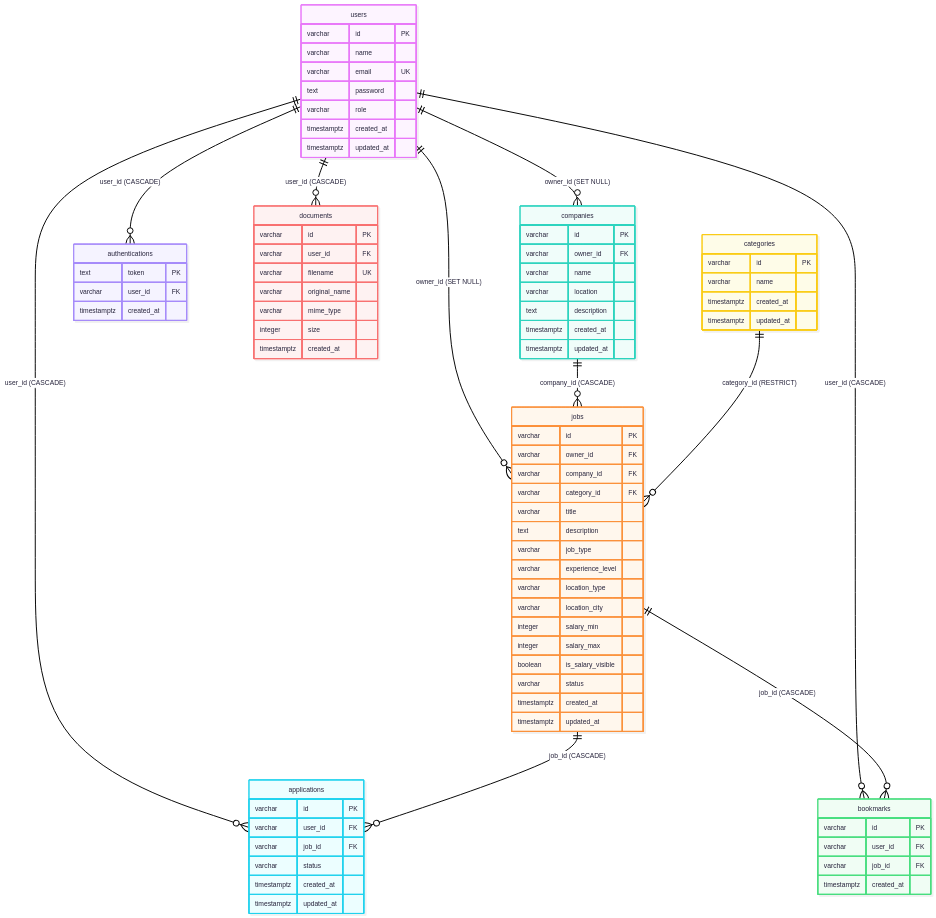
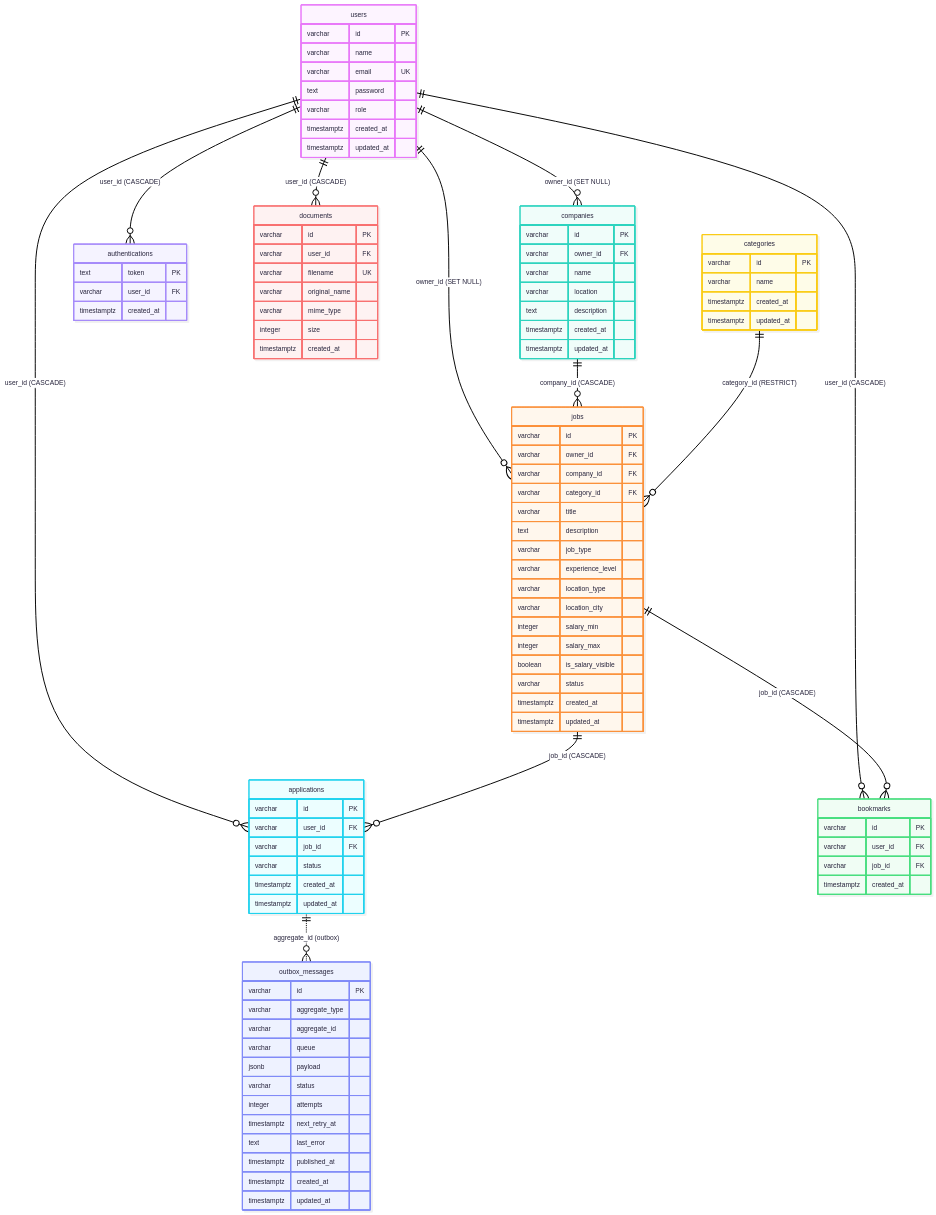
Before and after one commit to alfinhimawan/Proyek-Akhir-OpenJob-RESTful-API-Versi-2: the diagram in docs/ERD-OpenJob-versi-2.mmd, drawn with Mermaid. The commit also changed other lines of this file and 14 other files, not shown here.

```diff
--- a/docs/ERD-OpenJob-versi-2.mmd
+++ b/docs/ERD-OpenJob-versi-2.mmd
@@ -1,87 +1,102 @@
 ---
 config:
   theme: redux-color
   look: neo
 ---
 erDiagram
     users ||--o{ companies : "owner_id (SET NULL)"
     users ||--o{ jobs : "owner_id (SET NULL)"
     users ||--o{ applications : "user_id (CASCADE)"
     users ||--o{ bookmarks : "user_id (CASCADE)"
     users ||--o{ authentications : "user_id (CASCADE)"
     users ||--o{ documents : "user_id (CASCADE)"
     companies ||--o{ jobs : "company_id (CASCADE)"
     categories ||--o{ jobs : "category_id (RESTRICT)"
     jobs ||--o{ applications : "job_id (CASCADE)"
     jobs ||--o{ bookmarks : "job_id (CASCADE)"
+    applications ||..o{ outbox_messages : "aggregate_id (outbox)"
 
     users {
         varchar id PK
         varchar name
         varchar email UK
         text password
         varchar role
         timestamptz created_at
         timestamptz updated_at
     }
     documents {
         varchar id PK
         varchar user_id FK
         varchar filename UK
         varchar original_name
         varchar mime_type
         integer size
         timestamptz created_at
     }
     companies {
         varchar id PK
         varchar owner_id FK
         varchar name
         varchar location
         text description
         timestamptz created_at
         timestamptz updated_at
     }
     categories {
         varchar id PK
         varchar name
         timestamptz created_at
         timestamptz updated_at
     }
     jobs {
         varchar id PK
         varchar owner_id FK
         varchar company_id FK
         varchar category_id FK
         varchar title
         text description
         varchar job_type
         varchar experience_level
         varchar location_type
         varchar location_city
         integer salary_min
         integer salary_max
         boolean is_salary_visible
         varchar status
         timestamptz created_at
         timestamptz updated_at
     }
     applications {
         varchar id PK
         varchar user_id FK
         varchar job_id FK
         varchar status
         timestamptz created_at
         timestamptz updated_at
     }
+    outbox_messages {
+        varchar id PK
+        varchar aggregate_type
+        varchar aggregate_id
+        varchar queue
+        jsonb payload
+        varchar status
+        integer attempts
+        timestamptz next_retry_at
+        text last_error
+        timestamptz published_at
+        timestamptz created_at
+        timestamptz updated_at
+    }
     bookmarks {
         varchar id PK
         varchar user_id FK
         varchar job_id FK
         timestamptz created_at
     }
     authentications {
         text token PK
         varchar user_id FK
         timestamptz created_at
     }
```
